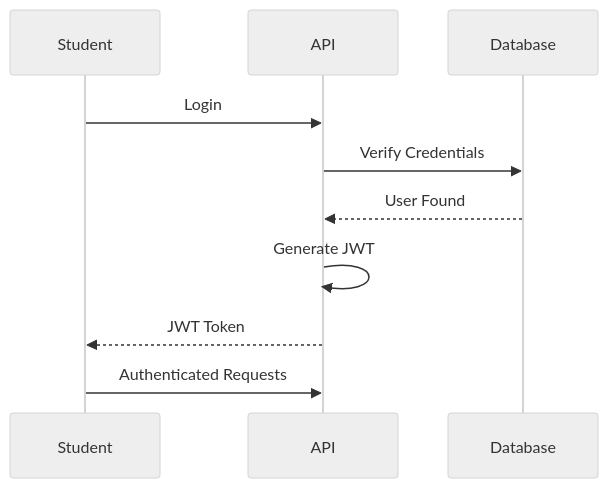
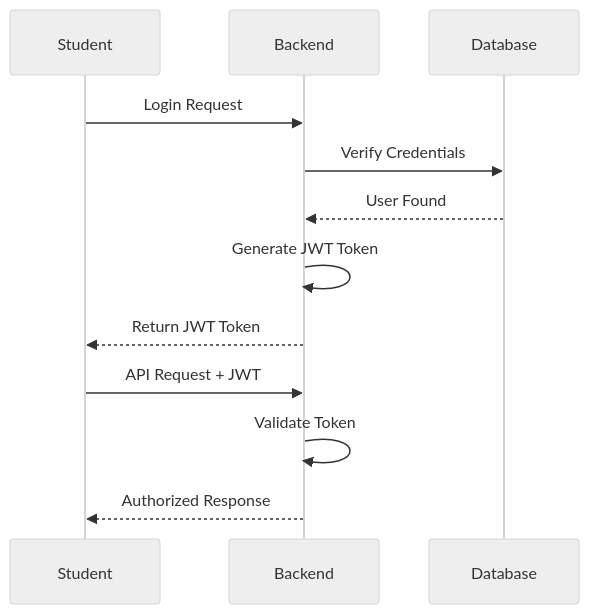
One commit to AIMSLab-IIITAllahabad/Full-Stack-Dev-Hostel-Mess-Management-System changed the first of 4 diagrams in README.md. Above: the diagram before and after it, drawn with Mermaid (neutral theme). The commit also changed other lines of this file, not shown here.

Commit message:
Revise authentication and meal subscription flow diagrams
Updated authentication and meal subscription flow diagrams in README.md to reflect backend changes and improve clarity.

````diff
--- a/README.md
+++ b/README.md
@@ -411,13 +411,16 @@
 ```mermaid
 sequenceDiagram
-participant Student
-participant API
-participant Database
+    participant Student
+    participant Backend
+    participant Database
 
-Student->>API: Login
-API->>Database: Verify Credentials
-Database-->>API: User Found
-API->>API: Generate JWT
-API-->>Student: JWT Token
-Student->>API: Authenticated Requests
+    Student->>Backend: Login Request
+    Backend->>Database: Verify Credentials
+    Database-->>Backend: User Found
+    Backend->>Backend: Generate JWT Token
+    Backend-->>Student: Return JWT Token
+
+    Student->>Backend: API Request + JWT
+    Backend->>Backend: Validate Token
+    Backend-->>Student: Authorized Response
 ```
````
